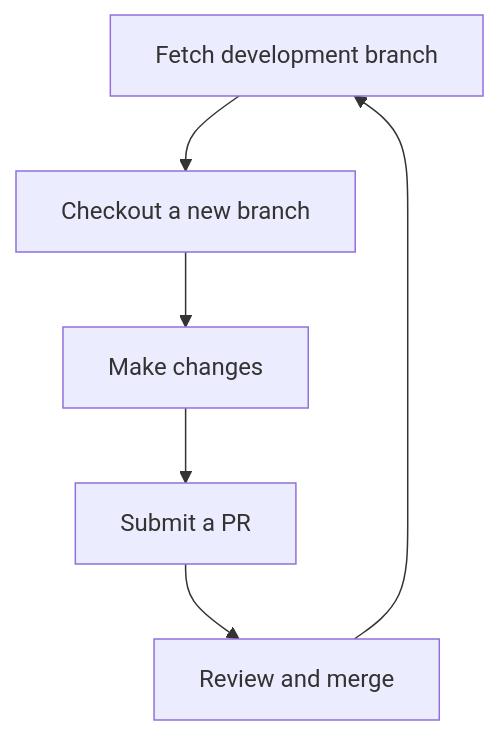
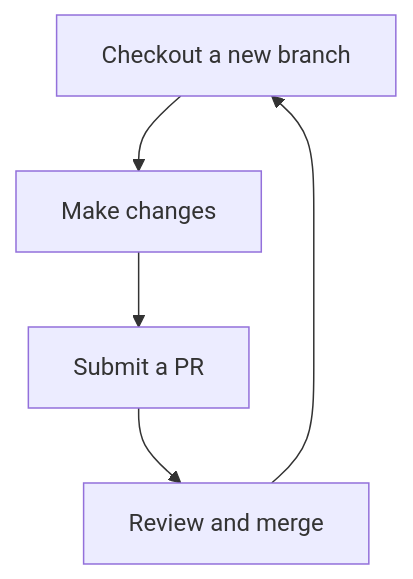
One commit to mermaid-js/mermaid changed the first of 2 diagrams in docs/community/workflow.md. Above: the diagram before and after it, drawn with Mermaid. The commit also changed other lines of this file and 7 other files, not shown here.

````diff
--- a/docs/community/workflow.md
+++ b/docs/community/workflow.md
@@ -19,10 +17,9 @@
 ```mermaid
   flowchart TB
 
-  fetch --> branch --> update --> submit --> review --> fetch
-  fetch[Fetch development branch]
+  branch --> update --> submit --> review --> branch
   branch[Checkout a new branch]
   update[Make changes]
   submit[Submit a PR]
   review[Review and merge]
 ```
````
